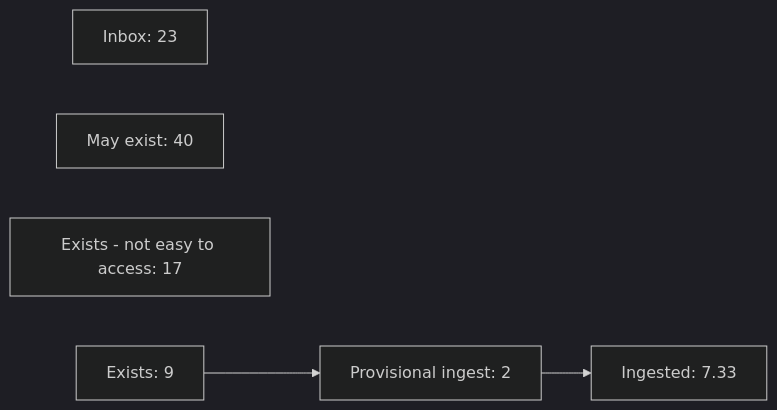
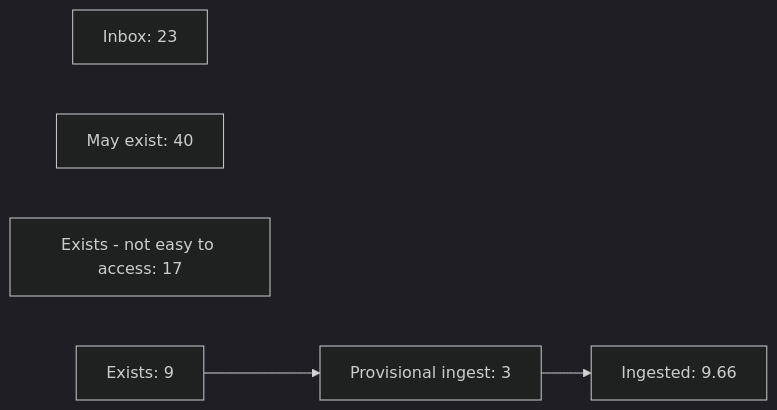
One commit to OpenPKCommons/OPKC changed the first of 2 diagrams in README.md. Above: the diagram before and after it, drawn with Mermaid (dark theme). The commit also changed 8 other files, not shown here.

````diff
--- a/README.md
+++ b/README.md
@@ -52,10 +52,10 @@
 ```mermaid
 graph LR
 	inbox[Inbox: 23]
 	mayexist[May exist: 40]
 	denea[Exists - not easy to access: 17]
 	exists[Exists: 9]
-	provingest[Provisional ingest: 2]
-	ingested[Ingested: 7.33]
+	provingest[Provisional ingest: 3]
+	ingested[Ingested: 9.66]
 	exists --> provingest --> ingested
 ```
````
